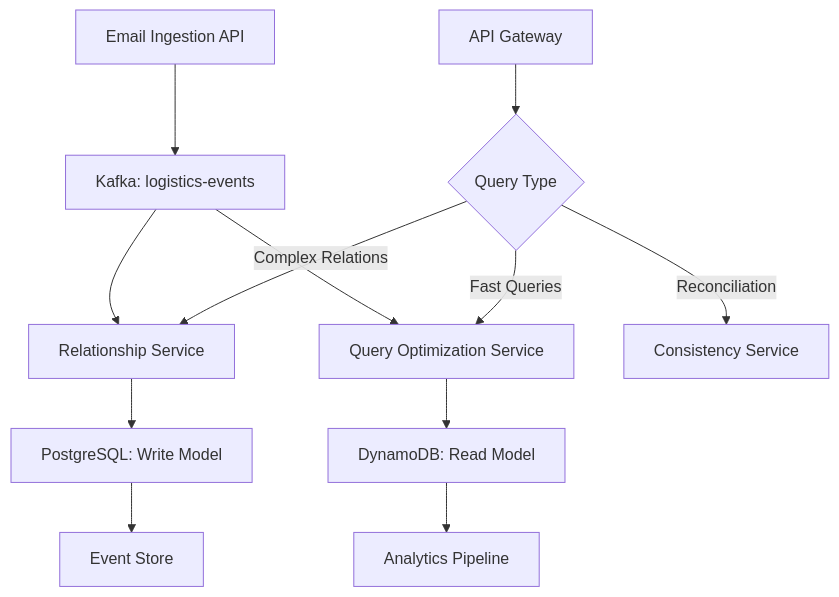
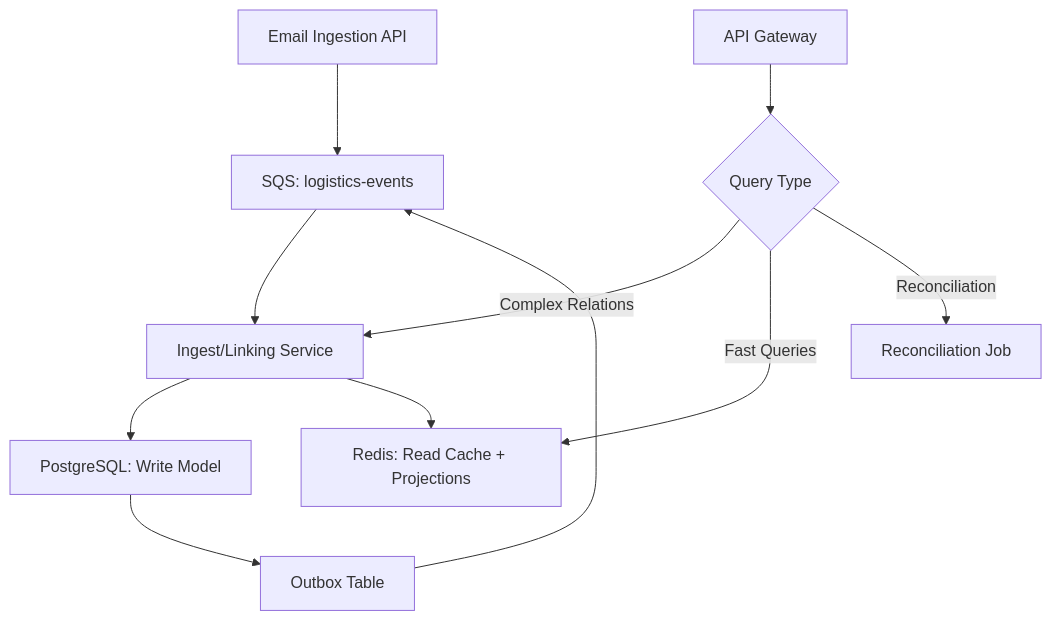
One commit to mamuchastegui/nauta changed the first of 3 diagrams in docs/ARCHITECTURE_EVOLUTION.md. Above: the diagram before and after it, drawn with Mermaid. The commit also changed other lines of this file and 3 other files, not shown here.

````diff
--- a/docs/ARCHITECTURE_EVOLUTION.md
+++ b/docs/ARCHITECTURE_EVOLUTION.md
@@ -46,17 +46,16 @@
 ```mermaid
 graph TD
-    A[Email Ingestion API] --> B[Kafka: logistics-events]
-    B --> C[Relationship Service]
-    B --> D[Query Optimization Service]
+    A[Email Ingestion API] --> B[SQS: logistics-events]
+    B --> C[Ingest/Linking Service]
     
     C --> E[PostgreSQL: Write Model]
-    D --> F[DynamoDB: Read Model]
+    C --> F[Redis: Read Cache + Projections]
     
     G[API Gateway] --> H{Query Type}
     H -->|Complex Relations| C
-    H -->|Fast Queries| D
-    H -->|Reconciliation| I[Consistency Service]
+    H -->|Fast Queries| F
+    H -->|Reconciliation| I[Reconciliation Job]
     
-    E --> J[Event Store]
-    F --> K[Analytics Pipeline]
+    E --> J[Outbox Table]
+    J --> B
 ```
````
